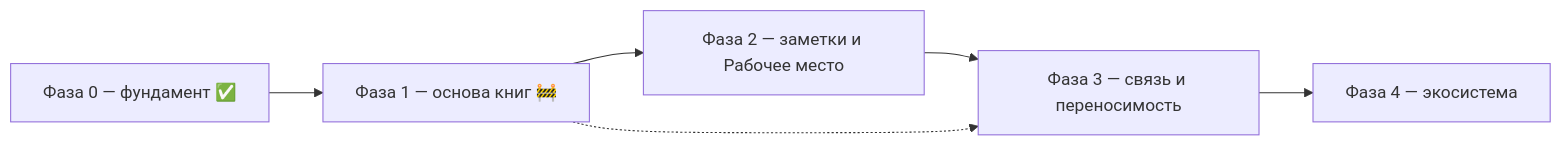
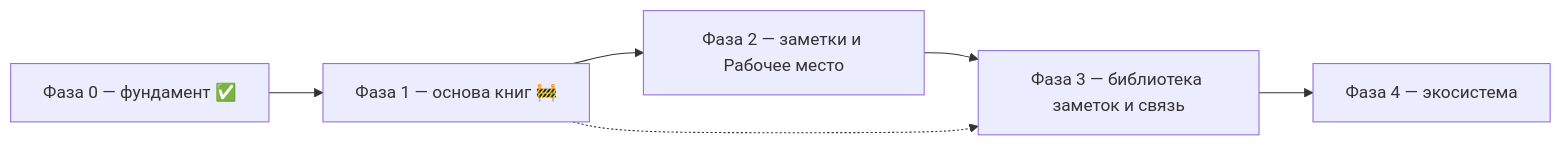
The diagram in ROADMAP.md (jarogor/context-app), drawn with Mermaid before and after one commit. The commit also changed other lines of this file, not shown here.

Commit message:
уточнение видения: нелинейное чтение, наборы заметок и библиотека заметок

````diff
--- a/ROADMAP.md
+++ b/ROADMAP.md
@@ -95,8 +148,8 @@
 ```mermaid
 flowchart LR
   P0["Фаза 0 — фундамент ✅"] --> P1["Фаза 1 — основа книг 🚧"]
   P1 --> P2["Фаза 2 — заметки и Рабочее место"]
-  P2 --> P3["Фаза 3 — связь и переносимость"]
+  P2 --> P3["Фаза 3 — библиотека заметок и связь"]
   P3 --> P4["Фаза 4 — экосистема"]
   P1 -.-> P3
 ```
````
